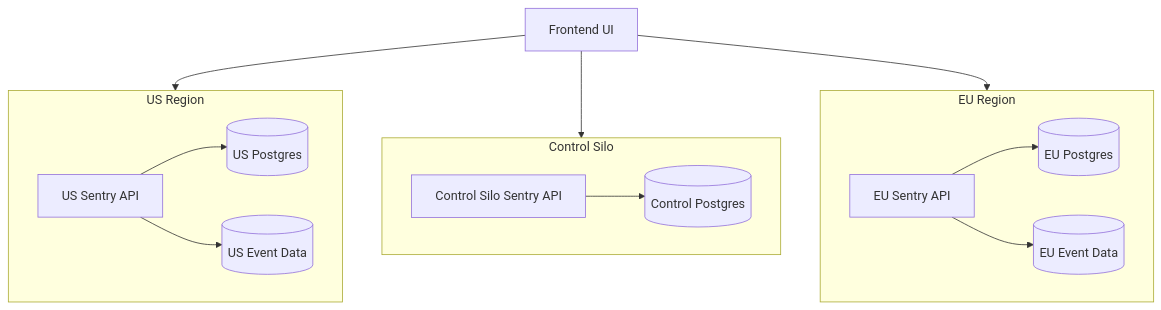
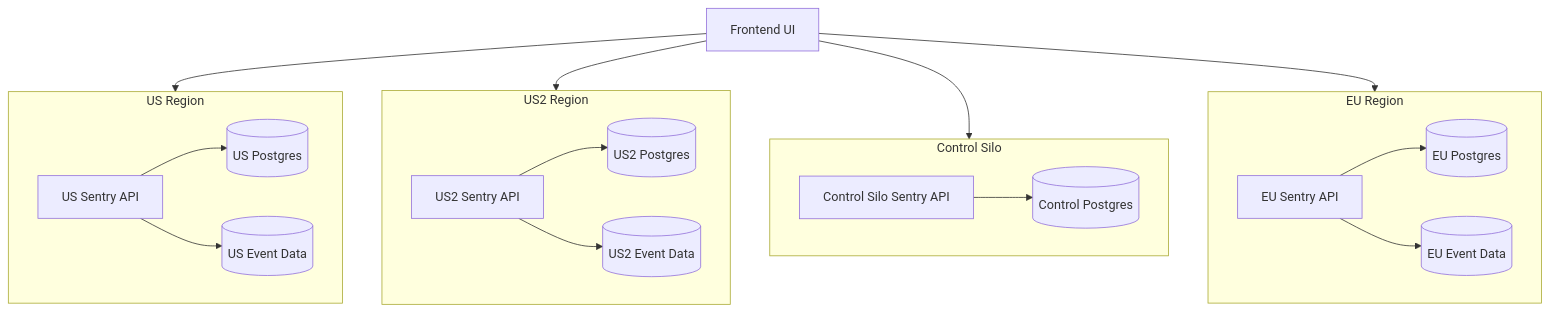
Before and after one commit to getsentry/sentry-docs: the third of 3 diagrams in develop-docs/application-architecture/overview.mdx, drawn with Mermaid. The commit also changed other lines of this file and 3 other files, not shown here.

````diff
--- a/develop-docs/application-architecture/overview.mdx
+++ b/develop-docs/application-architecture/overview.mdx
@@ -115,20 +115,26 @@
 ```mermaid
 flowchart TD
   ui[Frontend UI] --> usr
+  ui --> us2r
   ui --> cs
   ui --> eur
 
   subgraph usr [US Region]
     usapi[US Sentry API] --> uspg[(US Postgres)]
     usapi --> used[(US Event Data)]
+  end
+
+  subgraph us2r [US2 Region]
+    us2api[US2 Sentry API] --> us2pg[(US2 Postgres)]
+    us2api --> us2ed[(US2 Event Data)]
   end
 
   subgraph cs [Control Silo]
     capi[Control Silo Sentry API] --> cpg[(Control Postgres)]
   end
 
   subgraph eur [EU Region]
     euapi[EU Sentry API] --> eupg[(EU Postgres)]
     euapi --> eued[(EU Event Data)]
   end
 ```
````
